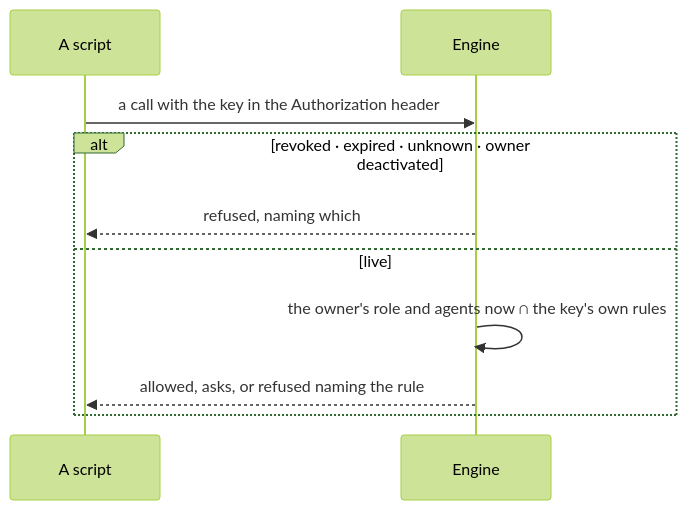
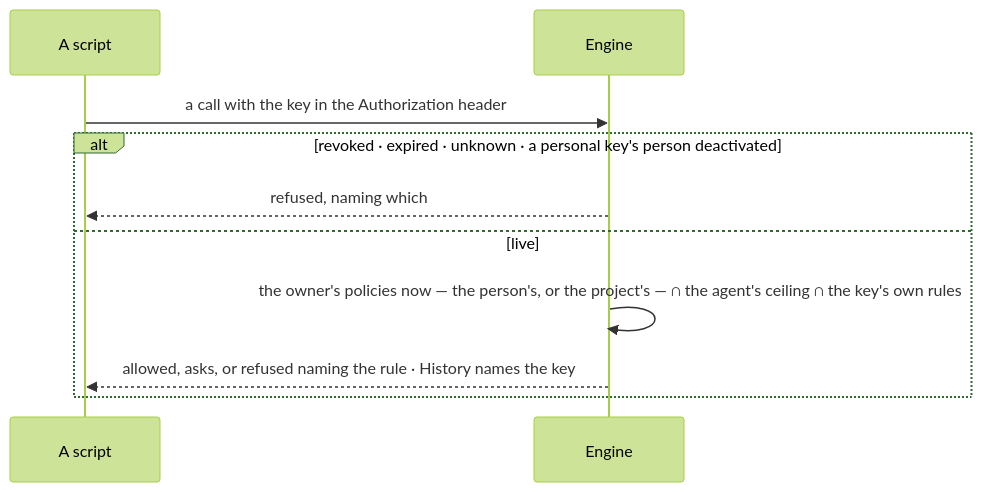
Before and after one commit to invana/invana: the second of 2 diagrams in specs/os/access/features/AC-F10-keys/stories/AC-10-mint-a-key-that-acts-as-its-owner-narrowed/story.md, drawn with Mermaid (forest theme). The commit also changed other lines of this file and 40 other files, not shown here.

First line of the commit message:
docs(specs): remove service users; keys belong to a person or a project

````diff
--- a/specs/os/access/features/AC-F10-keys/stories/AC-10-mint-a-key-that-acts-as-its-owner-narrowed/story.md
+++ b/specs/os/access/features/AC-F10-keys/stories/AC-10-mint-a-key-that-acts-as-its-owner-narrowed/story.md
@@ -46,12 +51,12 @@
 ```mermaid
 sequenceDiagram
   participant S as A script
   participant E as Engine
   S->>E: a call with the key in the Authorization header
-  alt revoked · expired · unknown · owner deactivated
+  alt revoked · expired · unknown · a personal key's person deactivated
     E-->>S: refused, naming which
   else live
-    E->>E: the owner's role and agents now ∩ the key's own rules
-    E-->>S: allowed, asks, or refused naming the rule
+    E->>E: the owner's policies now — the person's, or the project's — ∩ the agent's ceiling ∩ the key's own rules
+    E-->>S: allowed, asks, or refused naming the rule · History names the key
   end
 ```
````
